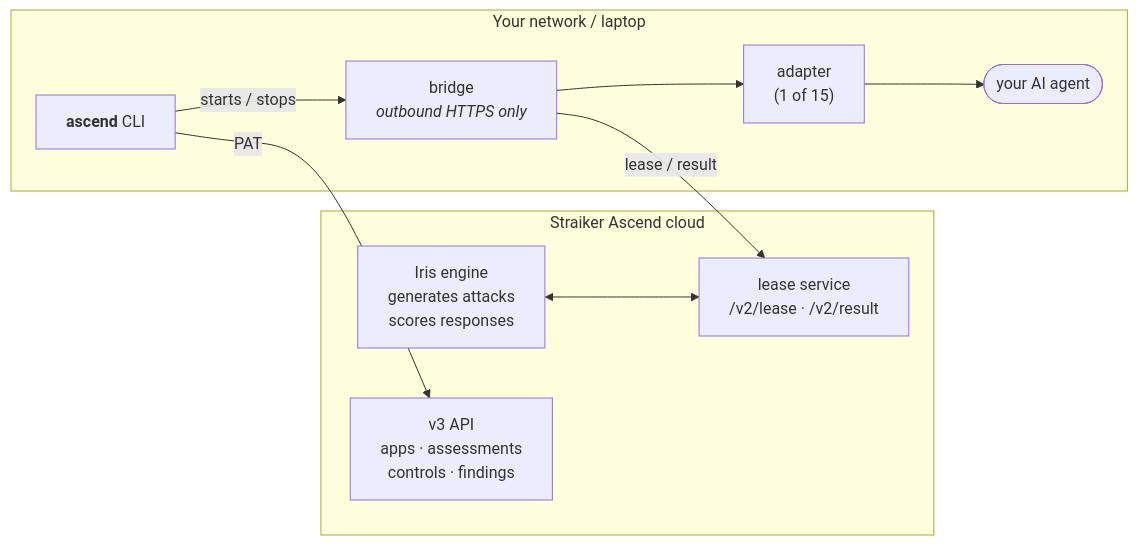
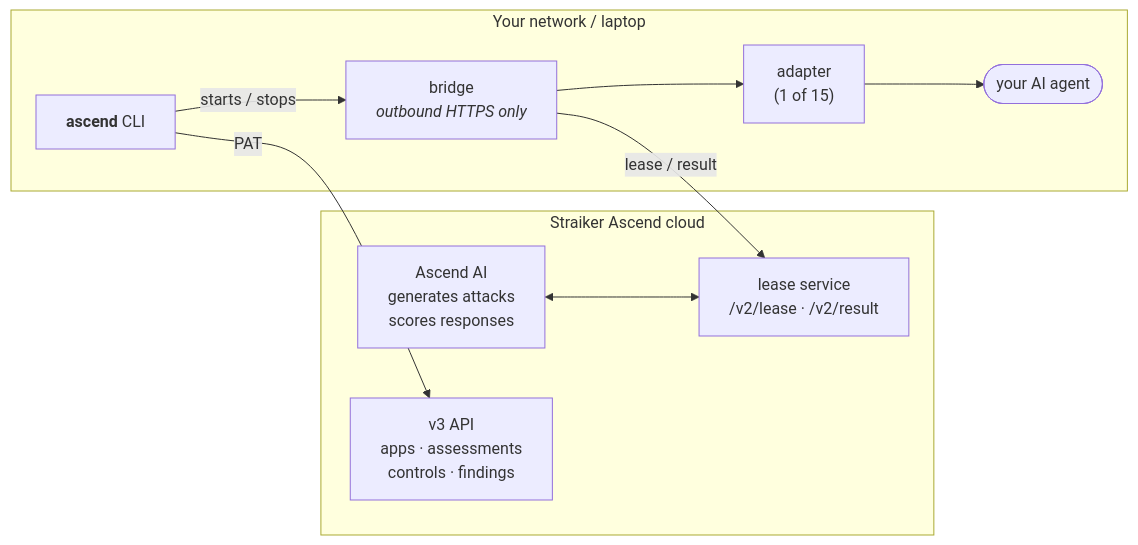
Before and after one commit to PhimmStraiker/ascend-cli: the first of 5 diagrams in docs/ARCHITECTURE.md, drawn with Mermaid. The commit also changed other lines of this file and 28 other files, not shown here.

````diff
--- a/docs/ARCHITECTURE.md
+++ b/docs/ARCHITECTURE.md
@@ -21,19 +21,19 @@
 ```mermaid
 flowchart LR
     subgraph straiker["Straiker Ascend cloud"]
-        IRIS["Iris engine<br/>generates attacks<br/>scores responses"]
+        ASCEND["Ascend AI<br/>generates attacks<br/>scores responses"]
         LEASE["lease service<br/>/v2/lease · /v2/result"]
         API["v3 API<br/>apps · assessments<br/>controls · findings"]
-        IRIS <--> LEASE
+        ASCEND <--> LEASE
     end
     subgraph yours["Your network / laptop"]
         CLI["<b>ascend</b> CLI"]
         RELAY["bridge<br/><i>outbound HTTPS only</i>"]
         AD["adapter<br/>(1 of 15)"]
         TARGET(["your AI agent"])
         CLI -- "starts / stops" --> RELAY
         RELAY --> AD --> TARGET
     end
     RELAY -- "lease / result" --> LEASE
     CLI -- "PAT" --> API
 ```
````
